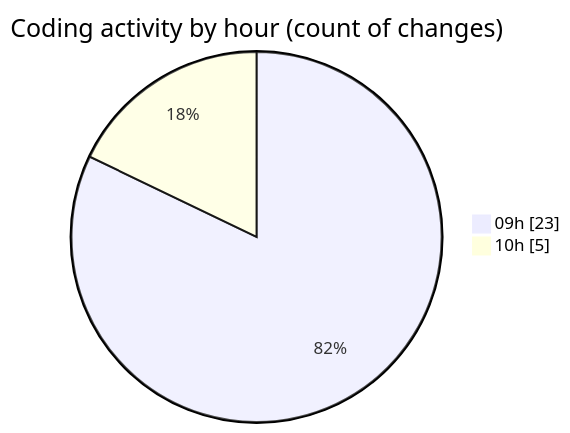
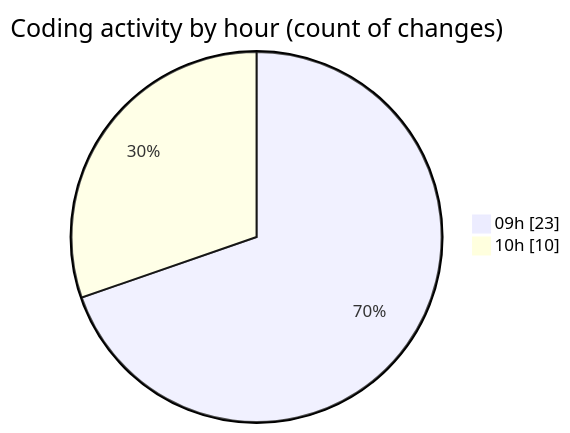
One commit to momahboobian/code-tracking changed the second of 2 diagrams in 2025-12-04/cda/README.md. Above: the diagram before and after it, drawn with Mermaid. The commit also changed other lines of this file and 1 other file, not shown here.

````diff
--- a/2025-12-04/cda/README.md
+++ b/2025-12-04/cda/README.md
@@ -30,6 +30,6 @@
 ```mermaid
 pie showData
 title Coding activity by hour (count of changes)
 "09h" : 23
-"10h" : 5
+"10h" : 10
 ```
````
